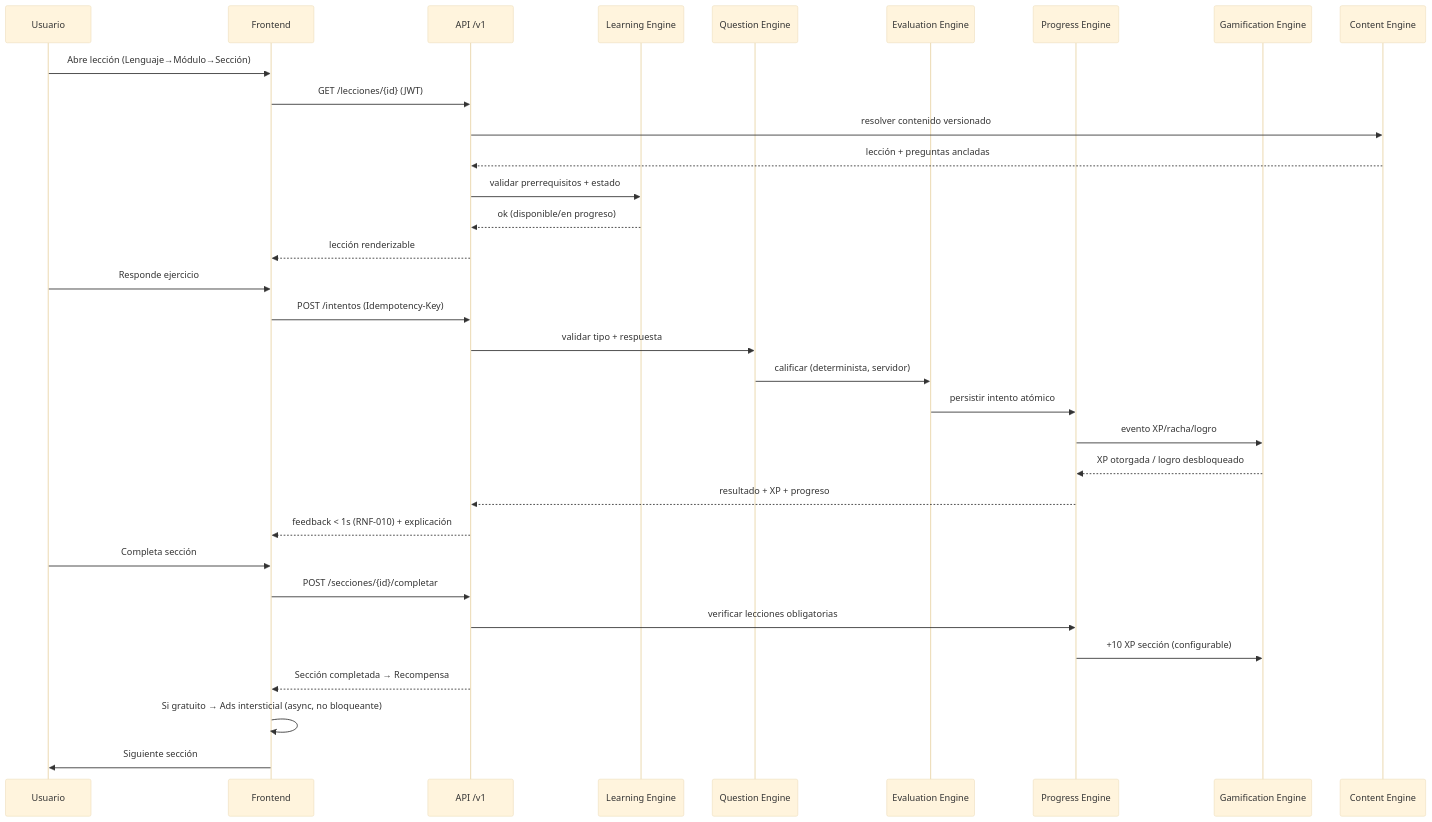
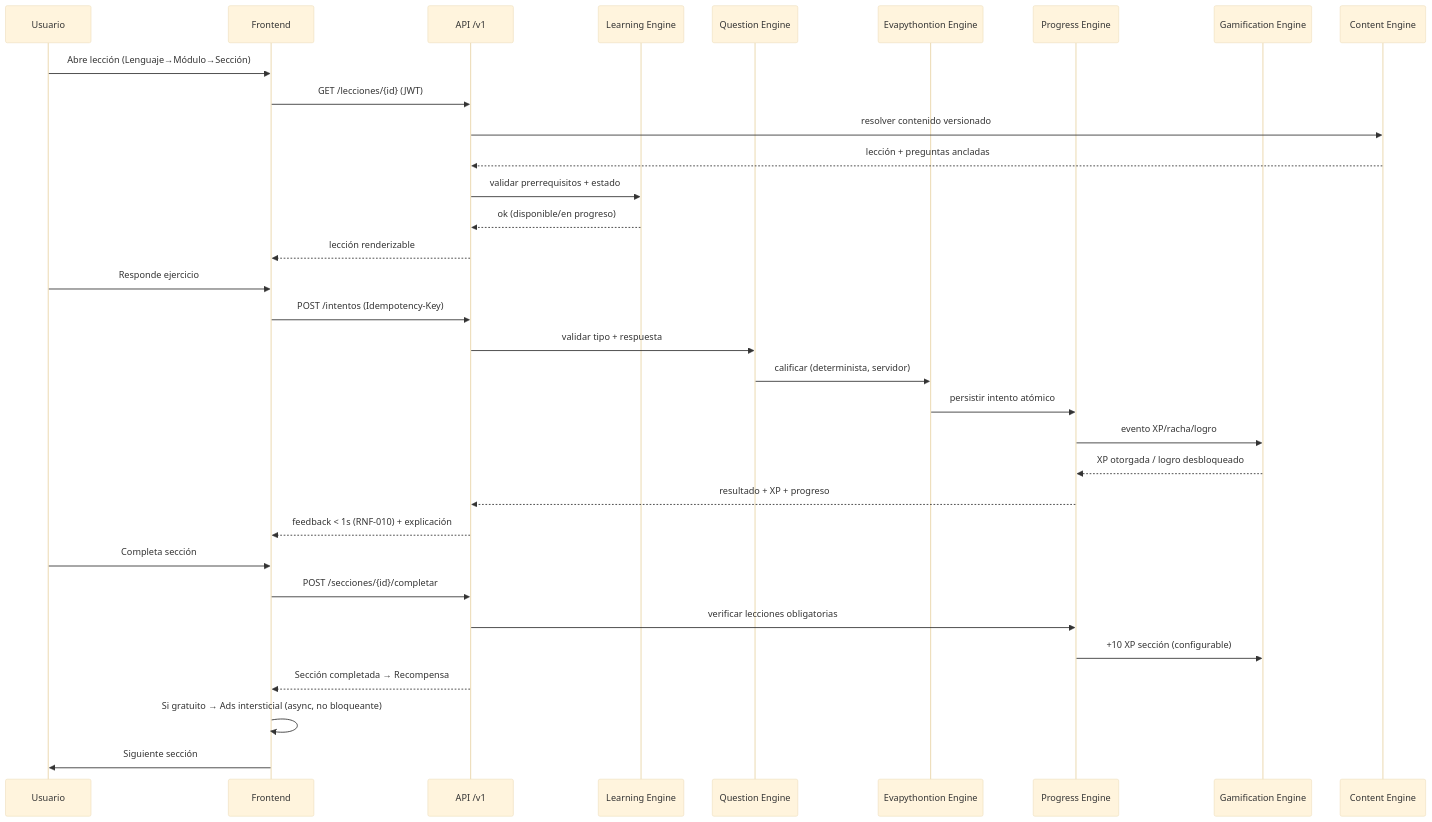
One commit to nastex123/DuolingoProgramacion changed the second of 4 diagrams in docs/11_SYSTEM_ARCHITECTURE.md. Above: the diagram before and after it, drawn with Mermaid (base theme). The commit also changed other lines of this file and 65 other files, not shown here.

````diff
--- a/docs/11_SYSTEM_ARCHITECTURE.md
+++ b/docs/11_SYSTEM_ARCHITECTURE.md
@@ -150,38 +150,38 @@
 ```mermaid
 sequenceDiagram
     participant U as Usuario
     participant FE as Frontend
     participant API as API /v1
     participant LE as Learning Engine
     participant QE as Question Engine
-    participant EE as Evaluation Engine
+    participant EE as Evapythontion Engine
     participant PE as Progress Engine
     participant GE as Gamification Engine
     participant CE as Content Engine
 
     U->>FE: Abre lección (Lenguaje→Módulo→Sección)
     FE->>API: GET /lecciones/{id} (JWT)
     API->>CE: resolver contenido versionado
     CE-->>API: lección + preguntas ancladas
     API->>LE: validar prerrequisitos + estado
     LE-->>API: ok (disponible/en progreso)
     API-->>FE: lección renderizable
 
     U->>FE: Responde ejercicio
     FE->>API: POST /intentos (Idempotency-Key)
     API->>QE: validar tipo + respuesta
     QE->>EE: calificar (determinista, servidor)
     EE->>PE: persistir intento atómico
     PE->>GE: evento XP/racha/logro
     GE-->>PE: XP otorgada / logro desbloqueado
     PE-->>API: resultado + XP + progreso
     API-->>FE: feedback < 1s (RNF-010) + explicación
 
     U->>FE: Completa sección
     FE->>API: POST /secciones/{id}/completar
     API->>PE: verificar lecciones obligatorias
     PE->>GE: +10 XP sección (configurable)
     API-->>FE: Sección completada → Recompensa
     FE->>FE: Si gratuito → Ads intersticial (async, no bloqueante)
     FE->>U: Siguiente sección
 ```
````
